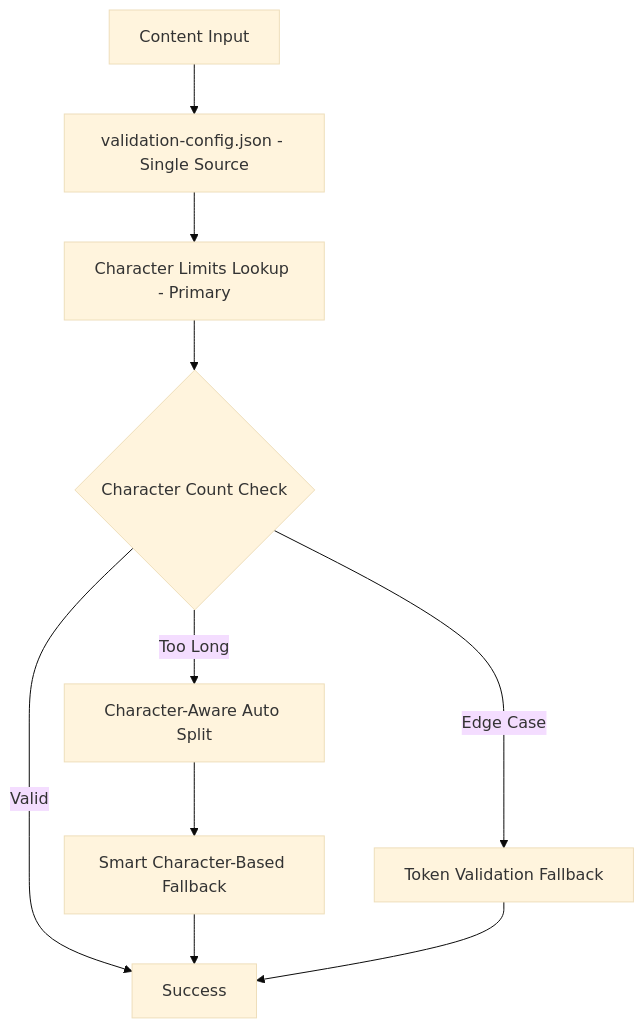
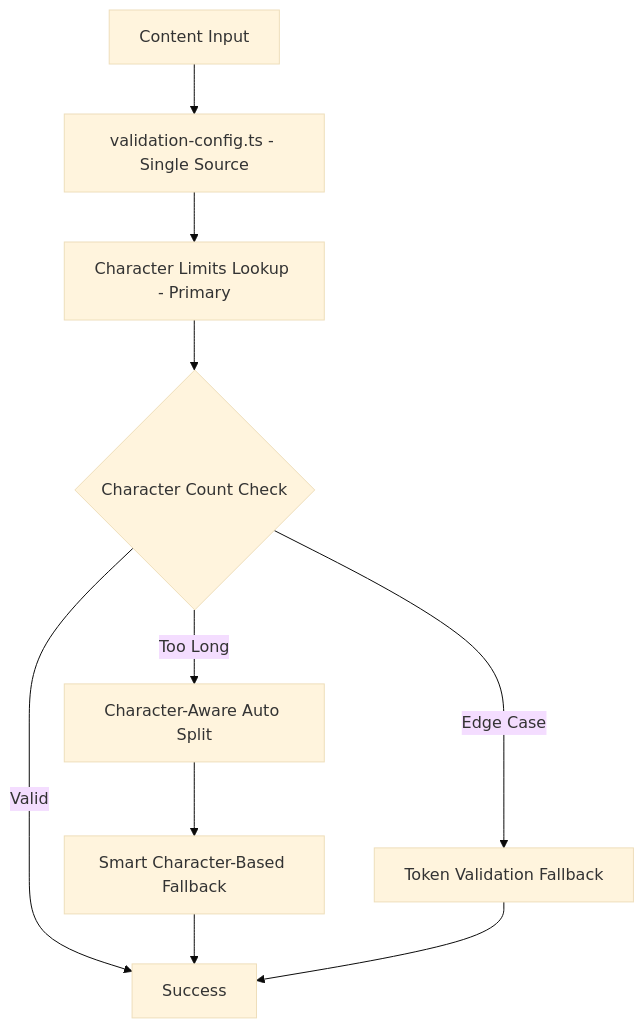
One commit to seq23/dailystory changed the diagram in docs/SHARED-VALIDATION-ARCHITECTURE.md. Above: the diagram before and after it, drawn with Mermaid (base theme). The commit also changed other lines of this file and 5 other files, not shown here.

Commit message:
Fix JSON import in validation config

````diff
--- a/docs/SHARED-VALIDATION-ARCHITECTURE.md
+++ b/docs/SHARED-VALIDATION-ARCHITECTURE.md
@@ -162,12 +162,12 @@
 ```mermaid
 graph TD
-    A[Content Input] --> B[validation-config.json - Single Source]
+    A[Content Input] --> B[validation-config.ts - Single Source]
     B --> C[Character Limits Lookup - Primary]
     C --> D{Character Count Check}
     D -->|Valid| F[Success]
     D -->|Too Long| G[Character-Aware Auto Split]
     D -->|Edge Case| H[Token Validation Fallback]
     G --> I[Smart Character-Based Fallback]
     I --> F
     H --> F
 ```
````
